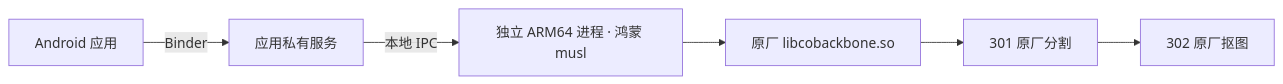
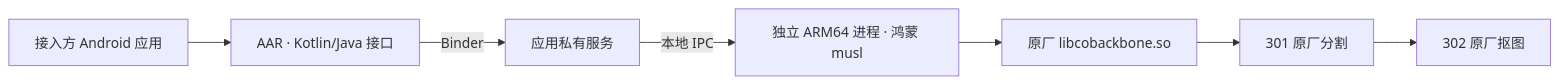
The diagram in docs/technical-proposal.md (Jogzh/harmonyos-core-vision-kit-on-android), drawn with Mermaid before and after one commit. The commit also changed other lines of this file and 29 other files, not shown here.

Commit message:
feat: deliver Core Vision Android AAR

````diff
--- a/docs/technical-proposal.md
+++ b/docs/technical-proposal.md
@@ -70,8 +72,9 @@
 ```mermaid
 flowchart LR
-    APP["Android 应用"] -->|Binder| SERVICE["应用私有服务"]
+    APP["接入方 Android 应用"] --> AAR["AAR · Kotlin/Java 接口"]
+    AAR -->|Binder| SERVICE["应用私有服务"]
     SERVICE -->|本地 IPC| WORKER["独立 ARM64 进程 · 鸿蒙 musl"]
     WORKER --> ENGINE["原厂 libcobackbone.so"]
     ENGINE --> SEG["301 原厂分割"]
     SEG --> MATTE["302 原厂抠图"]
 ```
````
